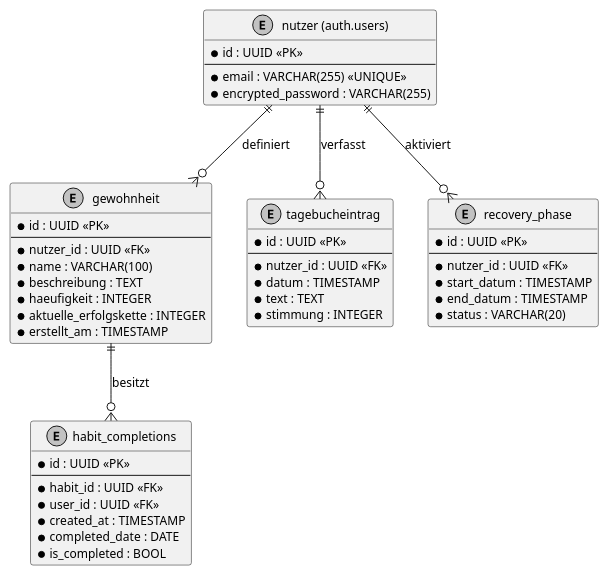
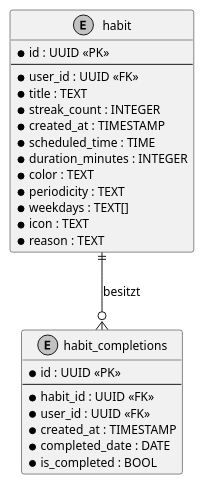
The diagram in docs/technical/plantuml/data-model.puml (stttxxnn/se1-habittracker), drawn with PlantUML before and after one commit. The commit also changed 1 other file, not shown here.

```diff
--- a/docs/technical/plantuml/data-model.puml
+++ b/docs/technical/plantuml/data-model.puml
@@ -1,56 +1,33 @@
 @startuml
 skinparam monochrome true
 skinparam defaultFontSize 12
 
-entity "nutzer (auth.users)" as user {
+entity "habit" as habit {
   * id : UUID <<PK>>
   --
-  * email : VARCHAR(255) <<UNIQUE>>
-  * encrypted_password : VARCHAR(255)
-}
-
-entity "gewohnheit" as habit {
-  * id : UUID <<PK>>
-  --
-  * nutzer_id : UUID <<FK>>
-  * name : VARCHAR(100)
-  * beschreibung : TEXT
-  * haeufigkeit : INTEGER
-  * aktuelle_erfolgskette : INTEGER
-  * erstellt_am : TIMESTAMP
+  * user_id : UUID <<FK>>
+  * title : TEXT
+  * streak_count : INTEGER
+  * created_at : TIMESTAMP
+  * scheduled_time : TIME
+  * duration_minutes : INTEGER
+  * color : TEXT
+  * periodicity : TEXT
+  * weekdays : TEXT[]
+  * icon : TEXT
+  * reason : TEXT
 }
 
 entity "habit_completions" as execution {
   * id : UUID <<PK>>
   --
   * habit_id : UUID <<FK>>
   * user_id : UUID <<FK>>
   * created_at : TIMESTAMP
   * completed_date : DATE
   * is_completed : BOOL
 }
 
-entity "tagebucheintrag" as journal {
-  * id : UUID <<PK>>
-  --
-  * nutzer_id : UUID <<FK>>
-  * datum : TIMESTAMP
-  * text : TEXT
-  * stimmung : INTEGER
-}
-
-entity "recovery_phase" as recovery {
-  * id : UUID <<PK>>
-  --
-  * nutzer_id : UUID <<FK>>
-  * start_datum : TIMESTAMP
-  * end_datum : TIMESTAMP
-  * status : VARCHAR(20)
-}
-
-user ||--o{ habit : "definiert"
 habit ||--o{ execution : "besitzt"
-user ||--o{ journal : "verfasst"
-user ||--o{ recovery : "aktiviert"
 
 @enduml
```
